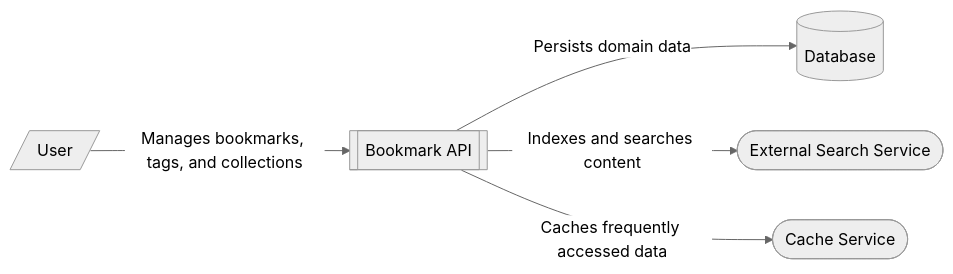
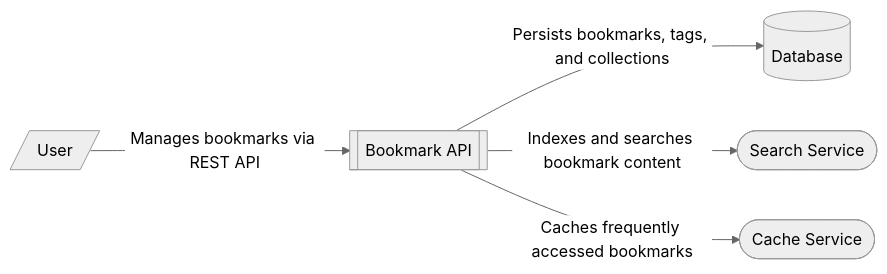
Before and after one commit to kaisen99/etchblok-test-api: the diagram in docs/v1/architecture/architecture-overview/bookmark-management-system-context.md, drawn with Mermaid (neutral theme). The commit also changed other lines of this file and 104 other files, not shown here.

````diff
--- a/docs/v1/architecture/architecture-overview/bookmark-management-system-context.md
+++ b/docs/v1/architecture/architecture-overview/bookmark-management-system-context.md
@@ -24,13 +23,13 @@
 ```mermaid
 flowchart LR
     User[/"User"/]
     API[["Bookmark API"]]
     DB[(Database)]
-    Search([External Search Service])
+    Search([Search Service])
     Cache([Cache Service])
 
-    User -- "Manages bookmarks, tags, and collections" --> API
-    API -- "Persists domain data" --> DB
-    API -- "Indexes and searches content" --> Search
-    API -- "Caches frequently accessed data" --> Cache
+    User -- "Manages bookmarks via REST API" --> API
+    API -- "Persists bookmarks, tags, and collections" --> DB
+    API -- "Indexes and searches bookmark content" --> Search
+    API -- "Caches frequently accessed bookmarks" --> Cache
 ```
````
